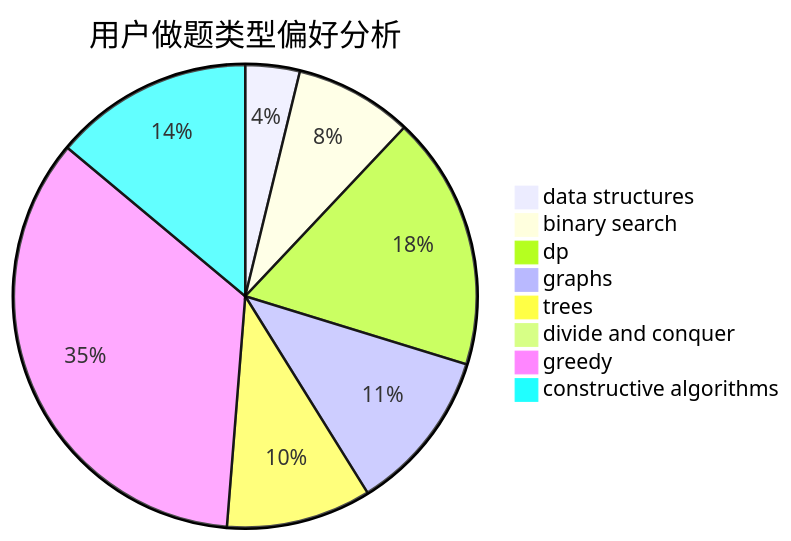
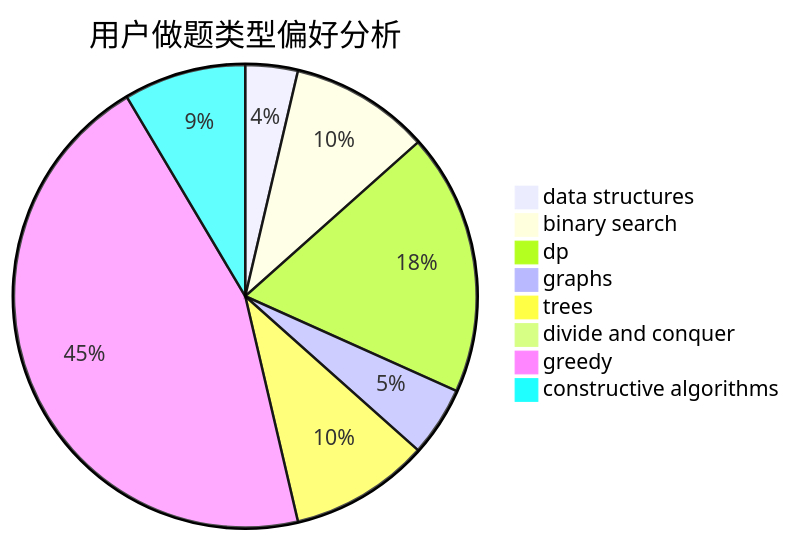
The second of 3 diagrams in docs/user/u2585.md (sherpahu/cfrs.github.io), drawn with Mermaid before and after one commit. The commit also changed other lines of this file and 2770 other files, not shown here.

````diff
--- a/docs/user/u2585.md
+++ b/docs/user/u2585.md
@@ -23,11 +23,11 @@
 ```mermaid
 pie title 用户做题类型偏好分析
-    "data structures" :  6
-    "binary search" :  13
-    "dp" :  28
-    "graphs" :  18
-    "trees" :  16
+    "data structures" :  3
+    "binary search" :  8
+    "dp" :  15
+    "graphs" :  4
+    "trees" :  8
     "divide and conquer" :  0
-    "greedy" :  55
-    "constructive algorithms" :  22
+    "greedy" :  37
+    "constructive algorithms" :  7
 ```
````
